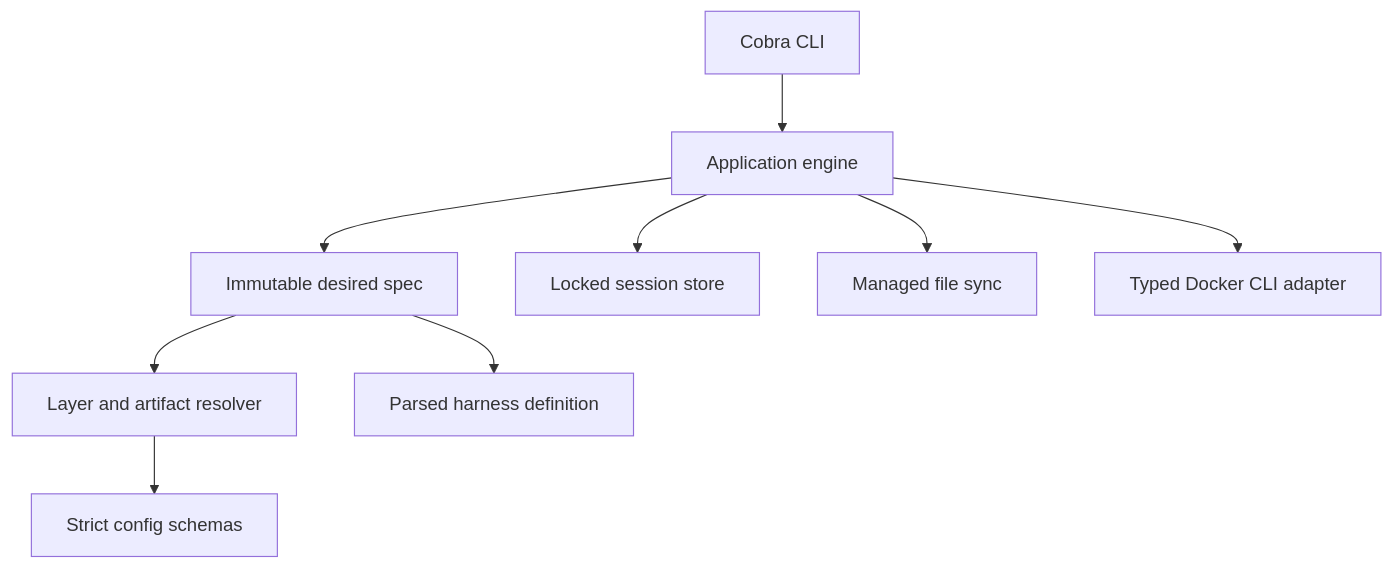
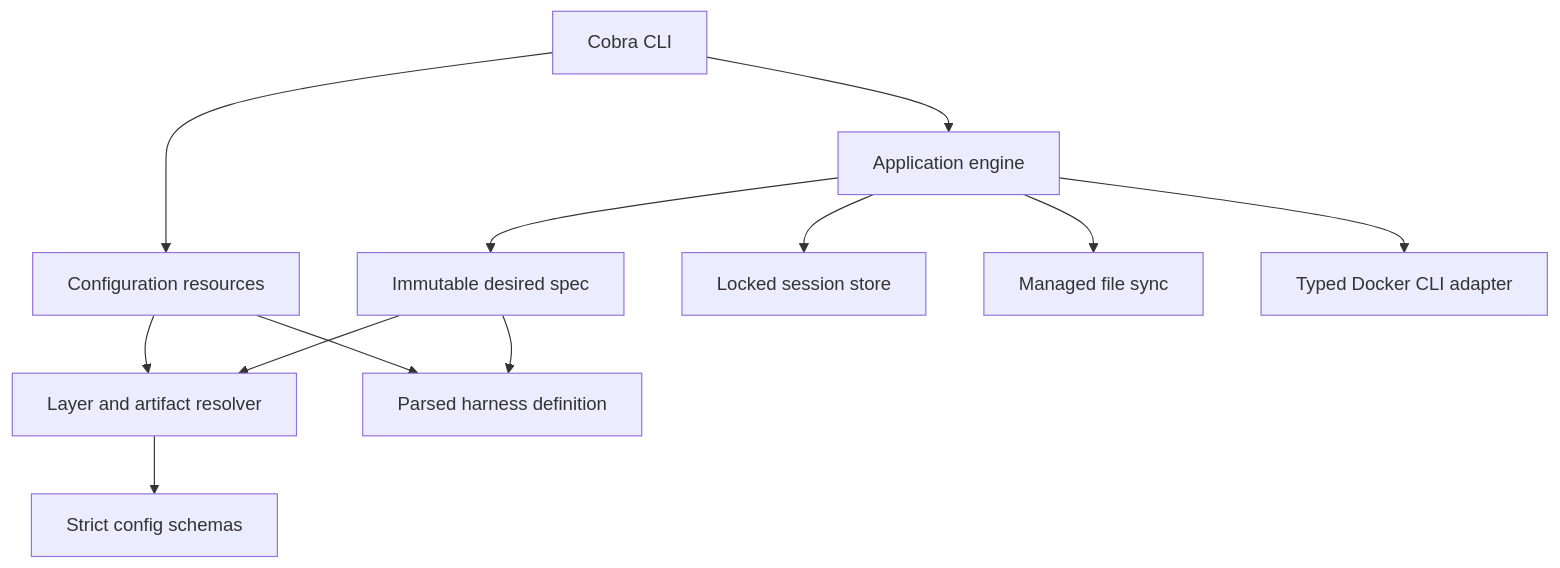
The diagram in docs/src/architecture/runtime.md (pip12345/devbox-neo), drawn with Mermaid before and after one commit. The commit also changed other lines of this file and 31 other files, not shown here.

````diff
--- a/docs/src/architecture/runtime.md
+++ b/docs/src/architecture/runtime.md
@@ -5,11 +5,14 @@
 ```mermaid
 flowchart TD
     CLI[Cobra CLI] --> APP[Application engine]
+    CLI --> RES[Configuration resources]
+    RES --> ART
+    RES --> HAR
     APP --> ENV[Immutable desired spec]
     ENV --> ART[Layer and artifact resolver]
     ART --> CFG[Strict config schemas]
     ENV --> HAR[Parsed harness definition]
     APP --> STORE[Locked session store]
     APP --> SYNC[Managed file sync]
     APP --> DK[Typed Docker CLI adapter]
 ```
````
